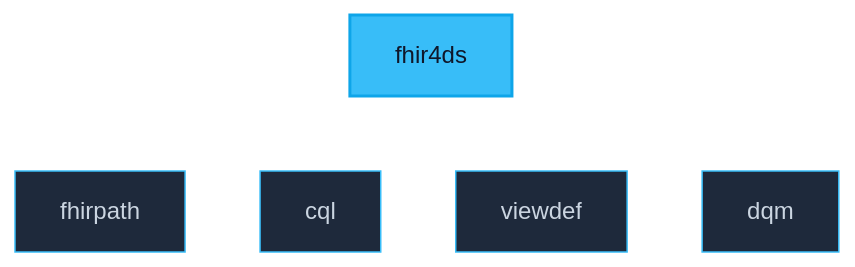
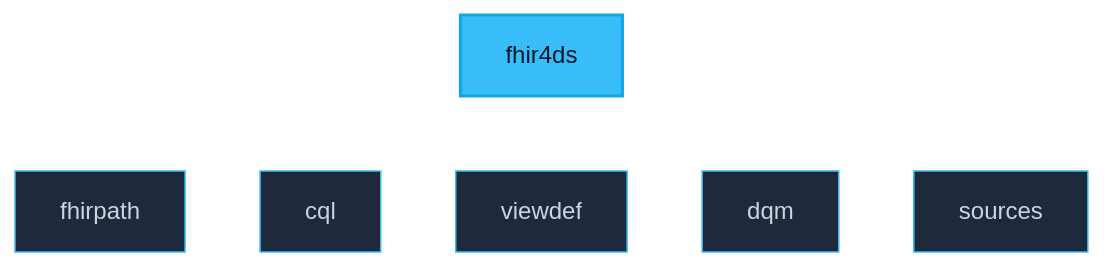
Before and after one commit to fhir4ds/fhir4ds: the diagram in web/website/docs/api-reference/fhir4ds.md, drawn with Mermaid. The commit also changed other lines of this file and 16 other files, not shown here.

````diff
--- a/web/website/docs/api-reference/fhir4ds.md
+++ b/web/website/docs/api-reference/fhir4ds.md
@@ -12,13 +12,14 @@
 ```mermaid
 graph TD
     fhir4ds[fhir4ds] --> fhirpath[fhirpath]
     fhir4ds --> cql[cql]
     fhir4ds --> viewdef[viewdef]
     fhir4ds --> dqm[dqm]
+    fhir4ds --> sources[sources]
     
     classDef default fill:#1e293b,stroke:#38bdf8,color:#cbd5e1,stroke-width:1px
     classDef primary fill:#38bdf8,stroke:#0ea5e9,color:#0f172a,stroke-width:2px
     
     class fhir4ds primary
     linkStyle default stroke:#fff,stroke-width:1px
 ```
````
